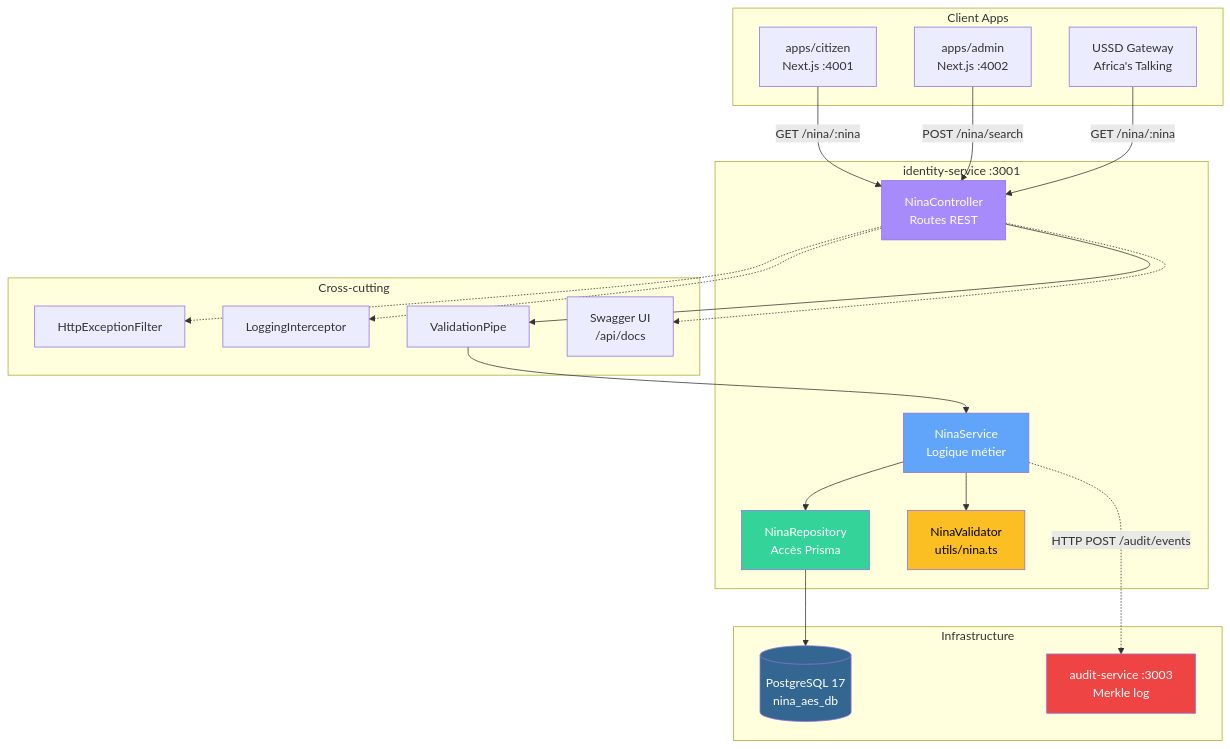
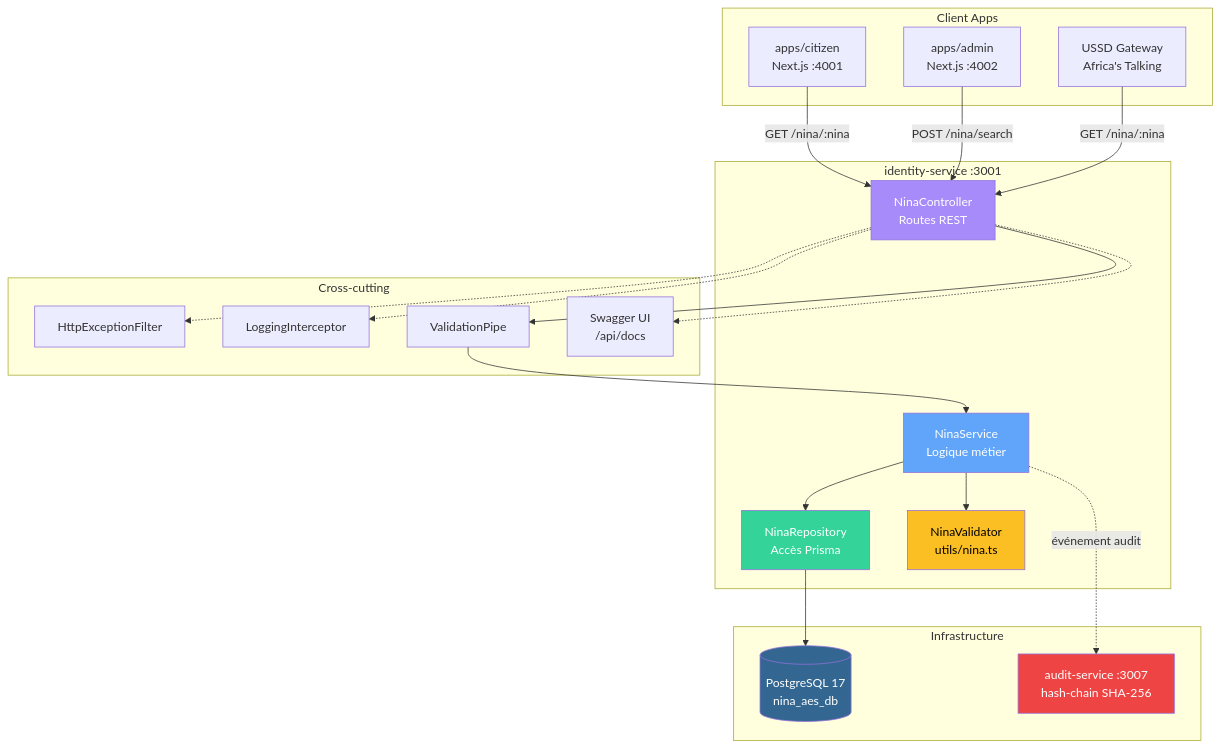
Before and after one commit to TheManInPink/Session-Ete-2026: the diagram in docs/07-BACKEND-IDENTITY-SERVICE.md, drawn with Mermaid. The commit also changed other lines of this file and 8 other files, not shown here.

````diff
--- a/docs/07-BACKEND-IDENTITY-SERVICE.md
+++ b/docs/07-BACKEND-IDENTITY-SERVICE.md
@@ -123,50 +156,50 @@
 ```mermaid
 flowchart TB
     subgraph "Client Apps"
         CIT[apps/citizen<br/>Next.js :4001]
         ADM[apps/admin<br/>Next.js :4002]
         USSD[USSD Gateway<br/>Africa's Talking]
     end
 
     subgraph "identity-service :3001"
         CTRL[NinaController<br/>Routes REST]
         SVC[NinaService<br/>Logique métier]
         REPO[NinaRepository<br/>Accès Prisma]
         VAL[NinaValidator<br/>utils/nina.ts]
     end
 
     subgraph "Cross-cutting"
         FILTER[HttpExceptionFilter]
         INTERCEPT[LoggingInterceptor]
         PIPE[ValidationPipe]
         SWAGGER[Swagger UI<br/>/api/docs]
     end
 
     subgraph "Infrastructure"
         PG[(PostgreSQL 17<br/>nina_aes_db)]
-        AUDIT[audit-service :3003<br/>Merkle log]
+        AUDIT[audit-service :3007<br/>hash-chain SHA-256]
     end
 
     CIT -->|GET /nina/:nina| CTRL
     ADM -->|POST /nina/search| CTRL
     USSD -->|GET /nina/:nina| CTRL
 
     CTRL --> PIPE
     PIPE --> SVC
     SVC --> VAL
     SVC --> REPO
     REPO --> PG
 
     CTRL -.-> FILTER
     CTRL -.-> INTERCEPT
     CTRL -.-> SWAGGER
 
-    SVC -.->|HTTP POST /audit/events| AUDIT
+    SVC -.->|événement audit| AUDIT
 
     style CTRL fill:#a78bfa,color:#fff
     style SVC fill:#60a5fa,color:#fff
     style REPO fill:#34d399,color:#fff
     style VAL fill:#fbbf24,color:#000
     style PG fill:#336791,color:#fff
     style AUDIT fill:#ef4444,color:#fff
 ```
````
